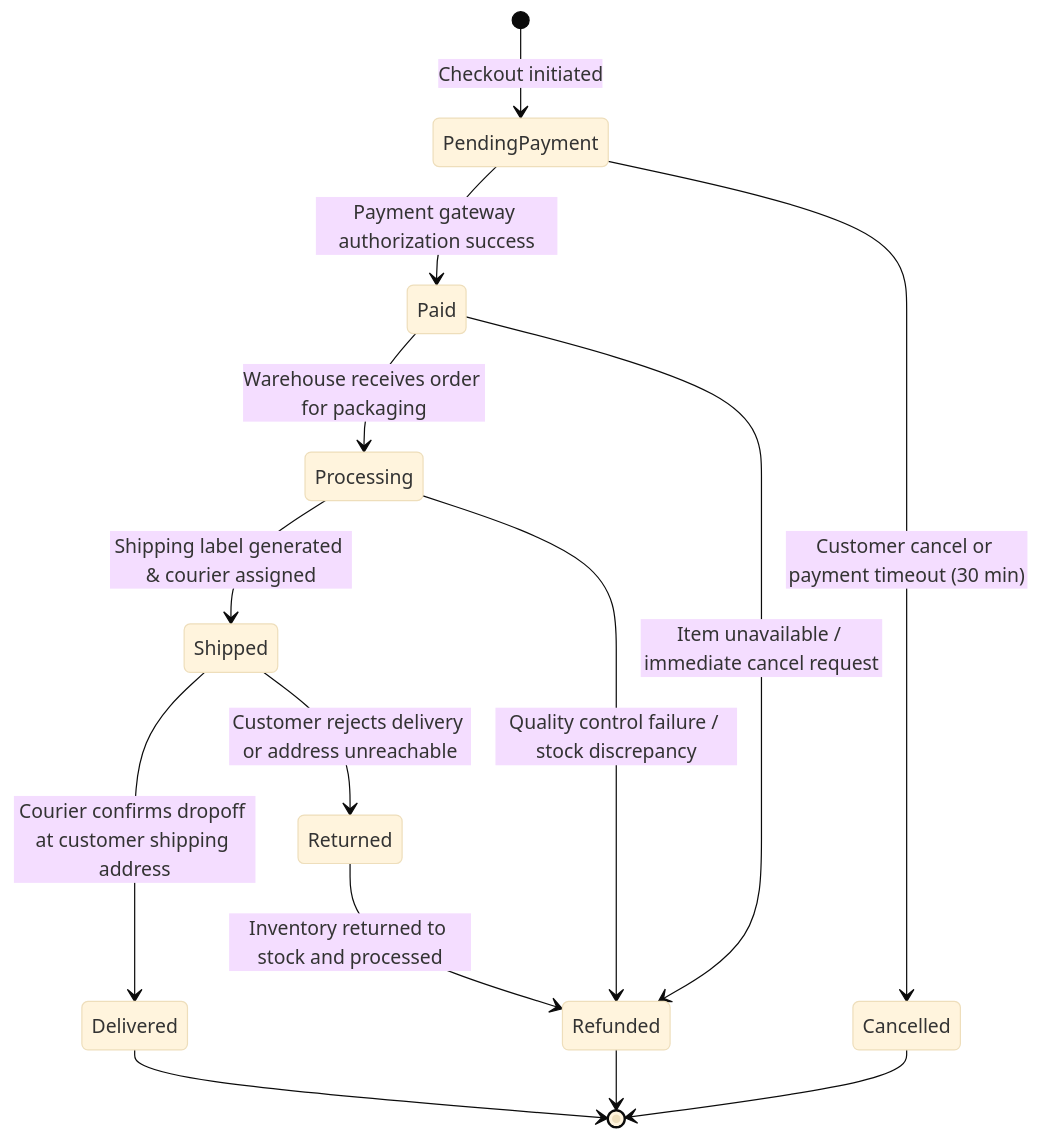
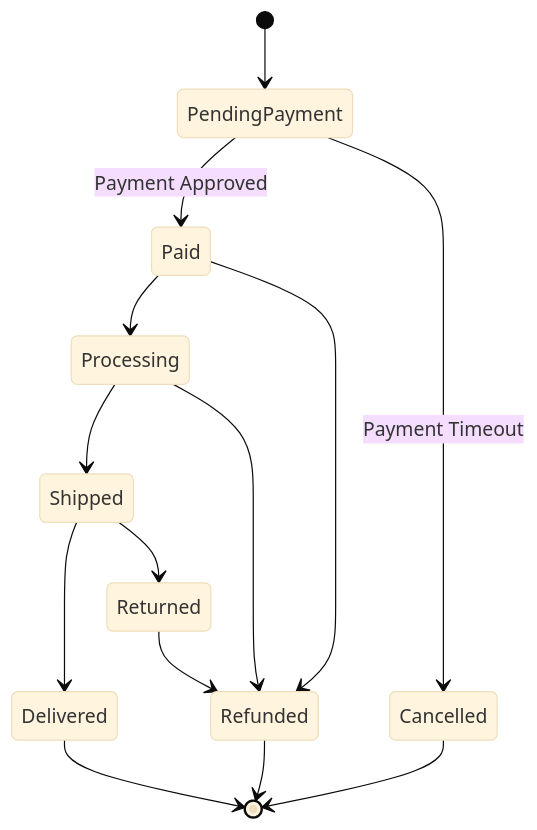
One commit to hananabedalkareemabololy/RuqiStore-Documentation changed the fourth of 5 diagrams in Final Project Sample/07-uml-behavioral.md. Above: the diagram before and after it, drawn with Mermaid (base theme). The commit also changed other lines of this file, not shown here.

````diff
--- a/Final Project Sample/07-uml-behavioral.md
+++ b/Final Project Sample/07-uml-behavioral.md
@@ -183,22 +179,23 @@
 ```mermaid
 stateDiagram-v2
-    [*] --> PendingPayment : Checkout initiated
 
-    PendingPayment --> Paid : Payment gateway authorization success
-    PendingPayment --> Cancelled : Customer cancel or payment timeout (30 min)
+    [*] --> PendingPayment
 
-    Paid --> Processing : Warehouse receives order for packaging
-    Paid --> Refunded : Item unavailable / immediate cancel request
+    PendingPayment --> Paid : Payment Approved
+    PendingPayment --> Cancelled : Payment Timeout
 
-    Processing --> Shipped : Shipping label generated & courier assigned
-    Processing --> Refunded : Quality control failure / stock discrepancy
+    Paid --> Processing
+    Paid --> Refunded
 
-    Shipped --> Delivered : Courier confirms dropoff at customer shipping address
-    Shipped --> Returned : Customer rejects delivery or address unreachable
+    Processing --> Shipped
+    Processing --> Refunded
 
-    Returned --> Refunded : Inventory returned to stock and processed
+    Shipped --> Delivered
+    Shipped --> Returned
+
+    Returned --> Refunded
 
     Delivered --> [*]
     Cancelled --> [*]
     Refunded --> [*]
 ```
````
